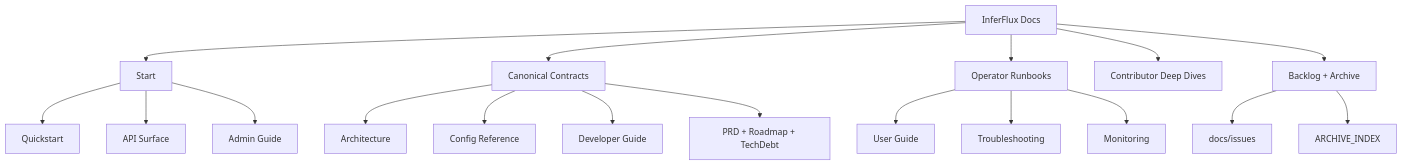
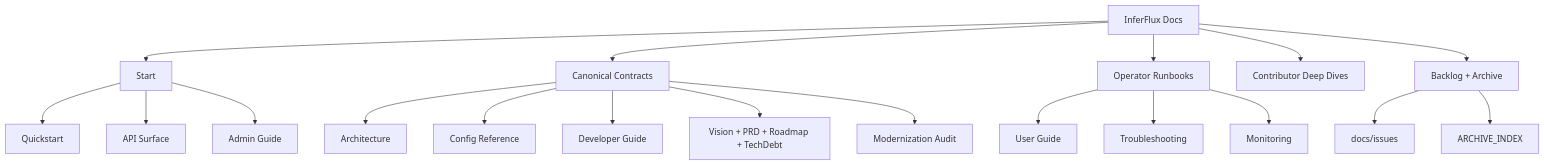
One commit to vjsingh1984/inferflux changed the diagram in docs/INDEX.md. Above: the diagram before and after it, drawn with Mermaid. The commit also changed other lines of this file and 11 other files, not shown here.

````diff
--- a/docs/INDEX.md
+++ b/docs/INDEX.md
@@ -5,24 +5,25 @@
 ```mermaid
 graph TD
     A[InferFlux Docs] --> B[Start]
     A --> C[Canonical Contracts]
     A --> D[Operator Runbooks]
     A --> E[Contributor Deep Dives]
     A --> F[Backlog + Archive]
 
     B --> B1[Quickstart]
     B --> B2[API Surface]
     B --> B3[Admin Guide]
 
     C --> C1[Architecture]
     C --> C2[Config Reference]
     C --> C3[Developer Guide]
-    C --> C4[PRD + Roadmap + TechDebt]
+    C --> C4[Vision + PRD + Roadmap + TechDebt]
+    C --> C5[Modernization Audit]
 
     D --> D1[User Guide]
     D --> D2[Troubleshooting]
     D --> D3[Monitoring]
 
     F --> F1[docs/issues]
     F --> F2[ARCHIVE_INDEX]
 ```
````
